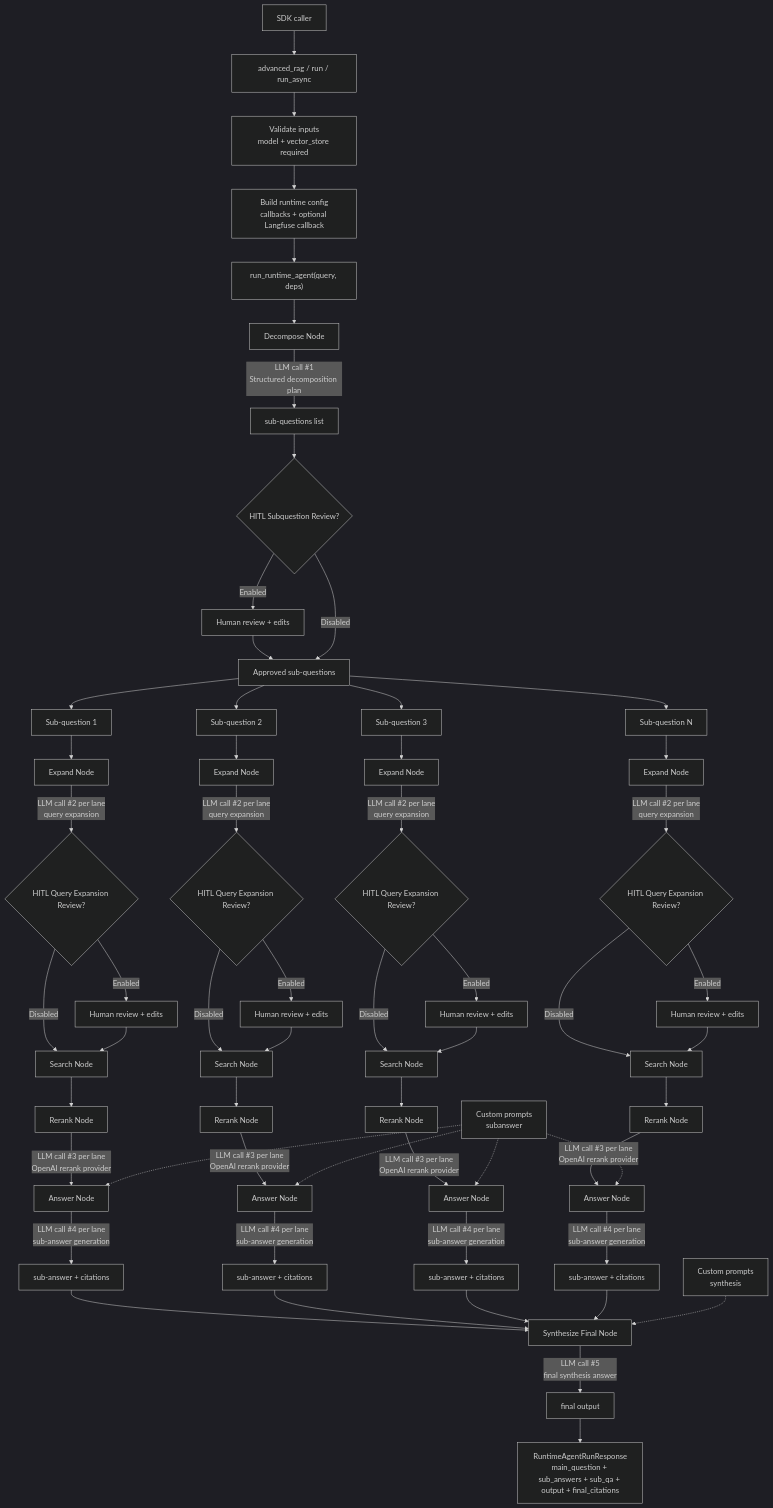
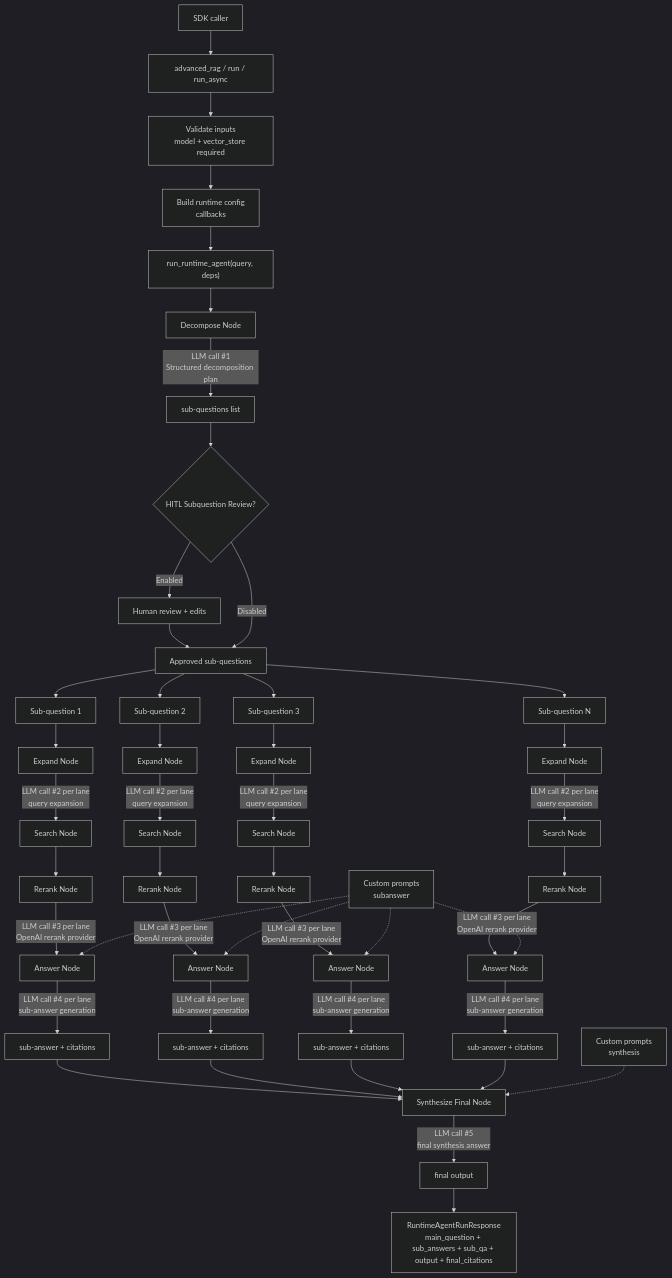
One commit to Nickbohm555/agent-search changed the diagram in README.md. Above: the diagram before and after it, drawn with Mermaid (dark theme). The commit also changed other lines of this file and 19 other files, not shown here.

````diff
--- a/README.md
+++ b/README.md
@@ -196,73 +190,58 @@
 ```mermaid
 flowchart TD
     A["SDK caller"] --> B["advanced_rag / run / run_async"]
     B --> C["Validate inputs<br/>model + vector_store required"]
-    C --> D["Build runtime config<br/>callbacks + optional Langfuse callback"]
+    C --> D["Build runtime config<br/>callbacks"]
     D --> E["run_runtime_agent(query, deps)"]
     E --> F["Decompose Node"]
     F -->|LLM call #1<br/>Structured decomposition plan| G["sub-questions list"]
 
     G --> HITL1{"HITL Subquestion Review?"}
     HITL1 -->|Enabled| H1["Human review + edits"]
     H1 --> GOK["Approved sub-questions"]
     HITL1 -->|Disabled| GOK
 
     GOK --> SQ1["Sub-question 1"]
     GOK --> SQ2["Sub-question 2"]
     GOK --> SQ3["Sub-question 3"]
     GOK --> SQN["Sub-question N"]
 
     SQ1 --> EX1["Expand Node"]
     SQ2 --> EX2["Expand Node"]
     SQ3 --> EX3["Expand Node"]
     SQN --> EXN["Expand Node"]
 
-    EX1 -->|LLM call #2 per lane<br/>query expansion| HITL2{"HITL Query Expansion Review?"}
-    EX2 -->|LLM call #2 per lane<br/>query expansion| HITL3{"HITL Query Expansion Review?"}
-    EX3 -->|LLM call #2 per lane<br/>query expansion| HITL4{"HITL Query Expansion Review?"}
-    EXN -->|LLM call #2 per lane<br/>query expansion| HITL5{"HITL Query Expansion Review?"}
-
-    HITL2 -->|Enabled| H2["Human review + edits"]
-    HITL3 -->|Enabled| H3["Human review + edits"]
-    HITL4 -->|Enabled| H4["Human review + edits"]
-    HITL5 -->|Enabled| H5["Human review + edits"]
-
-    HITL2 -->|Disabled| SR1["Search Node"]
-    HITL3 -->|Disabled| SR2["Search Node"]
-    HITL4 -->|Disabled| SR3["Search Node"]
-    HITL5 -->|Disabled| SRN["Search Node"]
-
-    H2 --> SR1
-    H3 --> SR2
-    H4 --> SR3
-    H5 --> SRN
+    EX1 -->|LLM call #2 per lane<br/>query expansion| SR1["Search Node"]
+    EX2 -->|LLM call #2 per lane<br/>query expansion| SR2["Search Node"]
+    EX3 -->|LLM call #2 per lane<br/>query expansion| SR3["Search Node"]
+    EXN -->|LLM call #2 per lane<br/>query expansion| SRN["Search Node"]
 
     SR1 --> RR1["Rerank Node"]
     SR2 --> RR2["Rerank Node"]
     SR3 --> RR3["Rerank Node"]
     SRN --> RRN["Rerank Node"]
 
     RR1 -->|LLM call #3 per lane<br/>OpenAI rerank provider| AN1["Answer Node"]
     RR2 -->|LLM call #3 per lane<br/>OpenAI rerank provider| AN2["Answer Node"]
     RR3 -->|LLM call #3 per lane<br/>OpenAI rerank provider| AN3["Answer Node"]
     RRN -->|LLM call #3 per lane<br/>OpenAI rerank provider| ANN["Answer Node"]
 
     CP1["Custom prompts<br/>subanswer"] -.-> AN1
     CP1 -.-> AN2
     CP1 -.-> AN3
     CP1 -.-> ANN
 
     AN1 -->|LLM call #4 per lane<br/>sub-answer generation| SA1["sub-answer + citations"]
     AN2 -->|LLM call #4 per lane<br/>sub-answer generation| SA2["sub-answer + citations"]
     AN3 -->|LLM call #4 per lane<br/>sub-answer generation| SA3["sub-answer + citations"]
     ANN -->|LLM call #4 per lane<br/>sub-answer generation| SAN["sub-answer + citations"]
 
     SA1 --> R["Synthesize Final Node"]
     SA2 --> R
     SA3 --> R
     SAN --> R
 
     CP2["Custom prompts<br/>synthesis"] -.-> R
     R -->|LLM call #5<br/>final synthesis answer| S["final output"]
     S --> T["RuntimeAgentRunResponse<br/>main_question + sub_answers + sub_qa + output + final_citations"]
 ```
````
